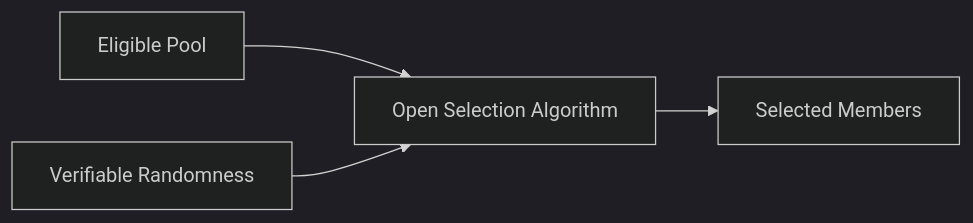
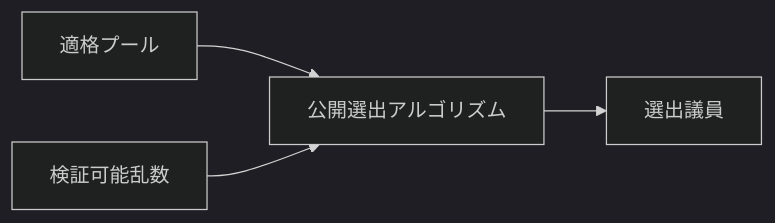
Before and after one commit to ShigeichiroYamasaki/creator-first-platform: the fifth of 23 diagrams in docs/whitepaper/07-governance.md, drawn with Mermaid (dark theme). The commit also changed other lines of this file and 72 other files, not shown here.

````diff
--- a/docs/whitepaper/07-governance.md
+++ b/docs/whitepaper/07-governance.md
@@ -244,11 +244,11 @@
 ```mermaid
 flowchart LR
-    POOL[Eligible Pool]
-    RAND[Verifiable Randomness]
-    ALG[Open Selection Algorithm]
-    RESULT[Selected Members]
+    POOL[適格プール]
+    RAND[検証可能乱数]
+    ALG[公開選出アルゴリズム]
+    RESULT[選出議員]
 
     POOL --> ALG
     RAND --> ALG
     ALG --> RESULT
 ```
````
